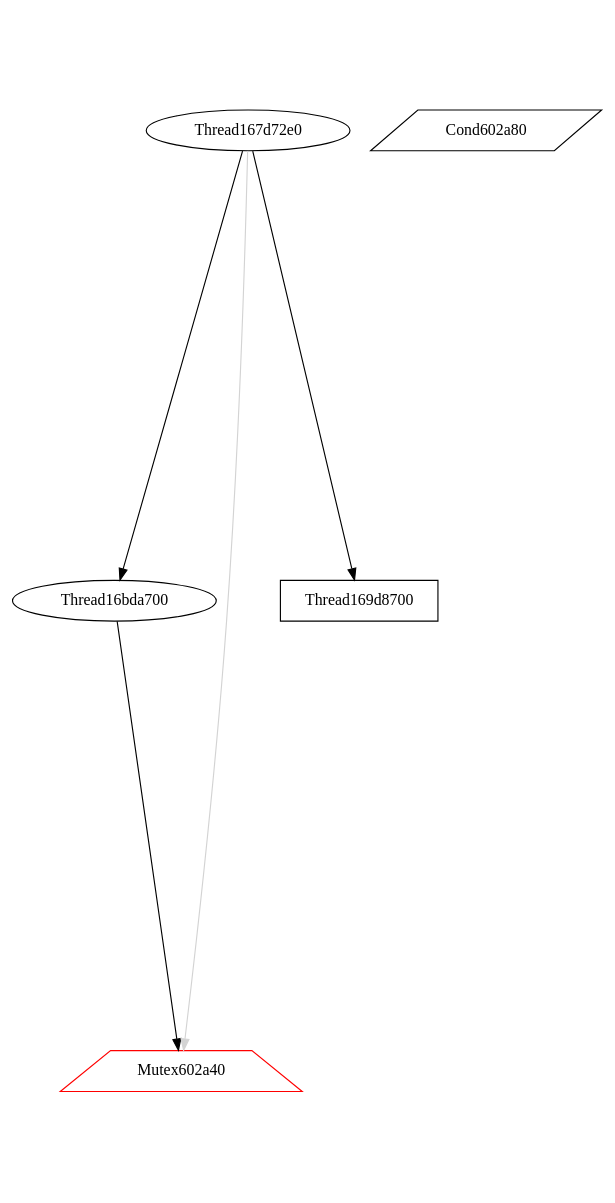
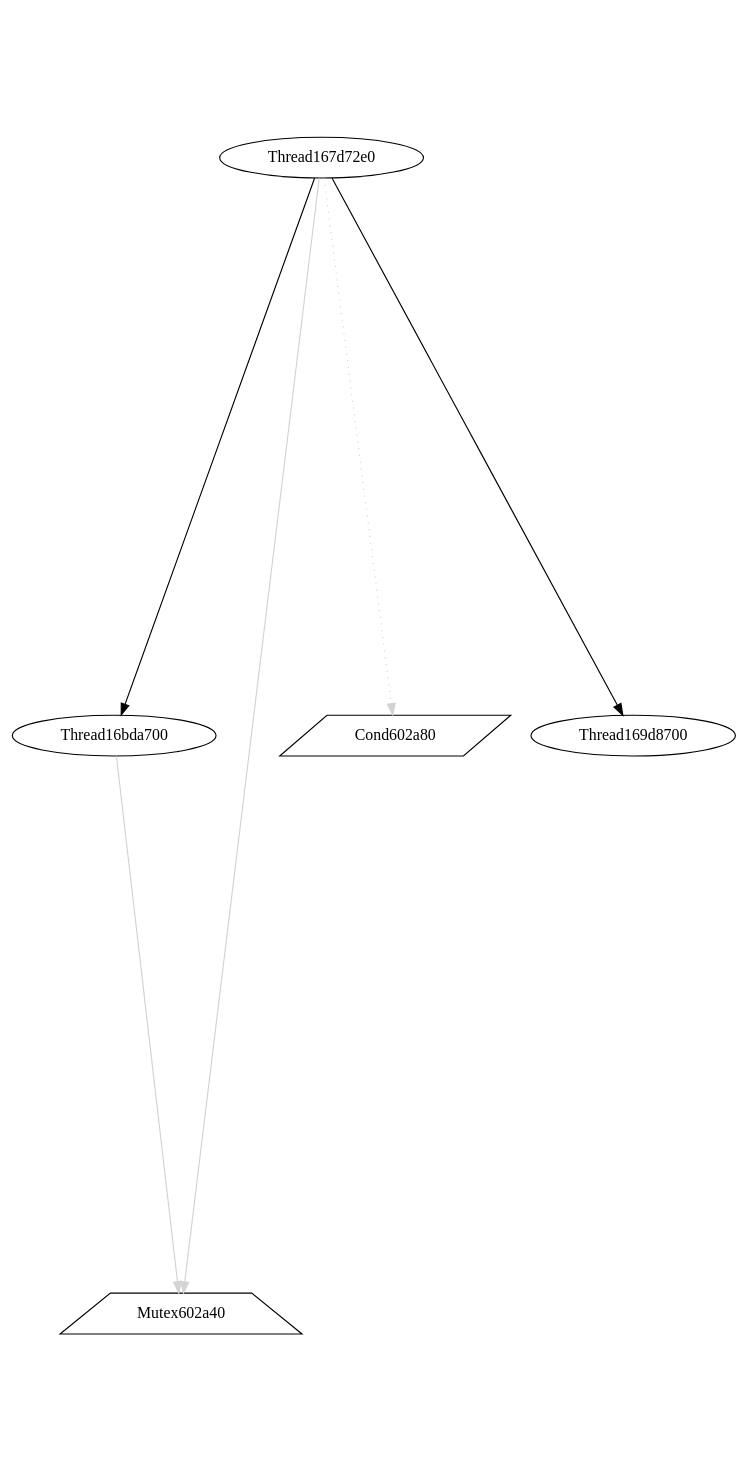
Before and after one commit to v4o6/cs410: the diagram in view/dot/graph066.dot, drawn with Graphviz. The commit also changed 286 other files, not shown here.

```diff
--- a/view/dot/graph066.dot
+++ b/view/dot/graph066.dot
@@ -1,10 +1,13 @@
 digraph G {
 graph[center=true, ratio=2];
-Thread16bda700 -> Mutex602a40 [arrowhead=normal,color=black];
-Mutex602a40 [shape=trapezium,color=red];
+Thread16bda700 [color=black];
+Thread16bda700 -> Mutex602a40 [arrowhead=normal,color=lightgray];
+Mutex602a40 [shape=trapezium,color=black];
 Cond602a80 [shape=parallelogram,color=black];
-Thread169d8700 [shape=box,color=black];
+Thread169d8700 [color=black];
+Thread167d72e0 [color=black];
 Thread167d72e0 -> Thread16bda700 [arrowhead=normal];
 Thread167d72e0 -> Mutex602a40 [arrowhead=normal,color=lightgray];
+Thread167d72e0 -> Cond602a80 [style=dotted,color=lightgray];
 Thread167d72e0 -> Thread169d8700 [arrowhead=normal];
 }
```
